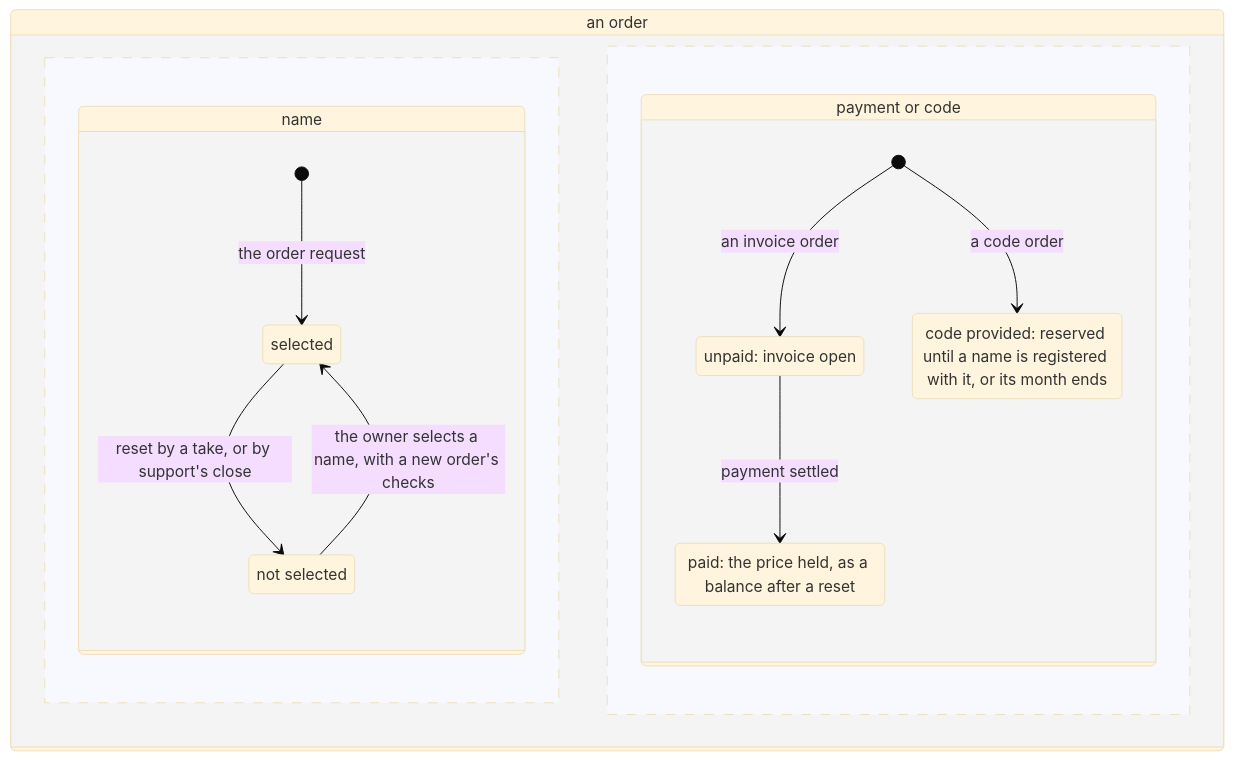
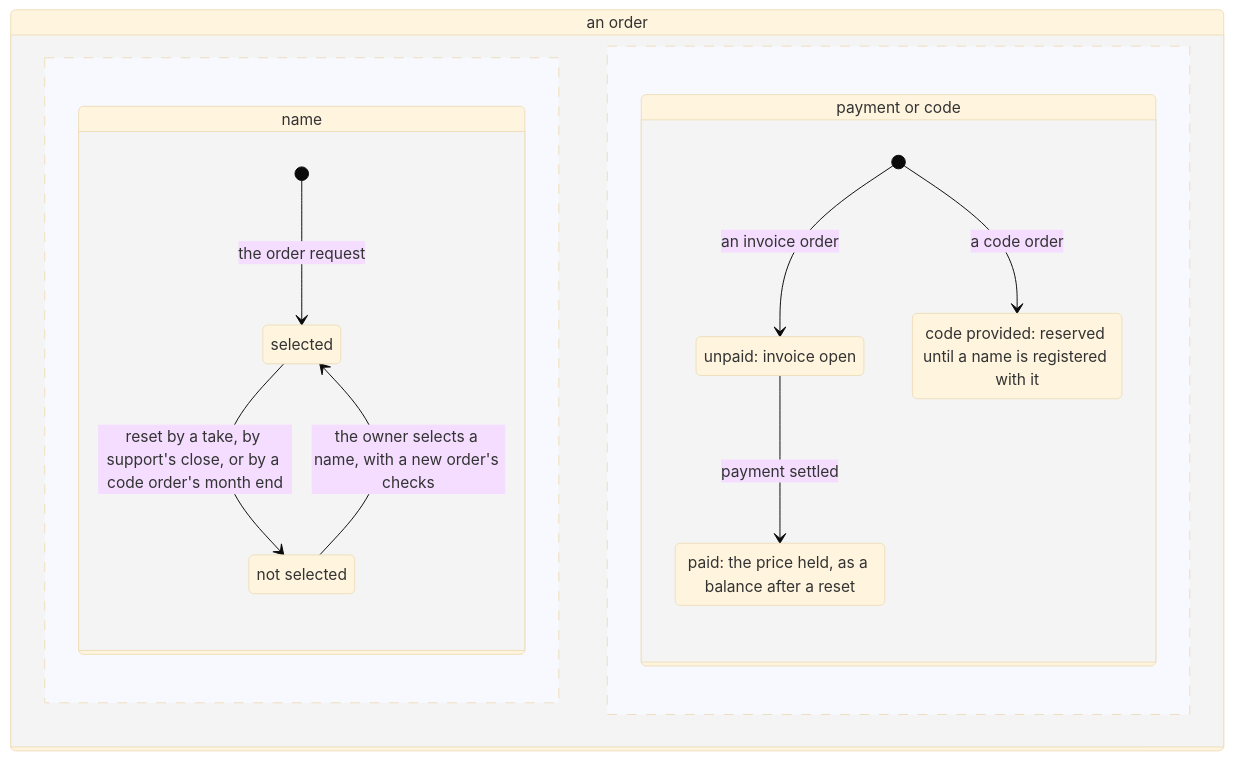
One commit to simplex-chat/simplex-chat changed the first of 2 diagrams in plans/2026-11-18-names-order-rules.md. Above: the diagram before and after it, drawn with Mermaid (base theme). The commit also changed other lines of this file and 8 other files, not shown here.

Commit message:
names: a code order's month end resets its name, its code kept

````diff
--- a/plans/2026-11-18-names-order-rules.md
+++ b/plans/2026-11-18-names-order-rules.md
@@ -23,21 +23,21 @@
 ```mermaid
 stateDiagram-v2
   state "an order" as order {
     state "name" as name {
       state "selected" as selected
       state "not selected" as notSelected
       [*] --> selected: the order request
-      selected --> notSelected: reset by a take, or by support's close
+      selected --> notSelected: reset by a take, by support's close, or by a code order's month end
       notSelected --> selected: the owner selects a name, with a new order's checks
     }
     --
     state "payment or code" as pay {
       state "unpaid: invoice open" as unpaidPart
       state "paid: the price held, as a balance after a reset" as paidPart
-      state "code provided: reserved until a name is registered with it, or its month ends" as codePart
+      state "code provided: reserved until a name is registered with it" as codePart
       [*] --> unpaidPart: an invoice order
       [*] --> codePart: a code order
       unpaidPart --> paidPart: payment settled
     }
   }
 ```
````
